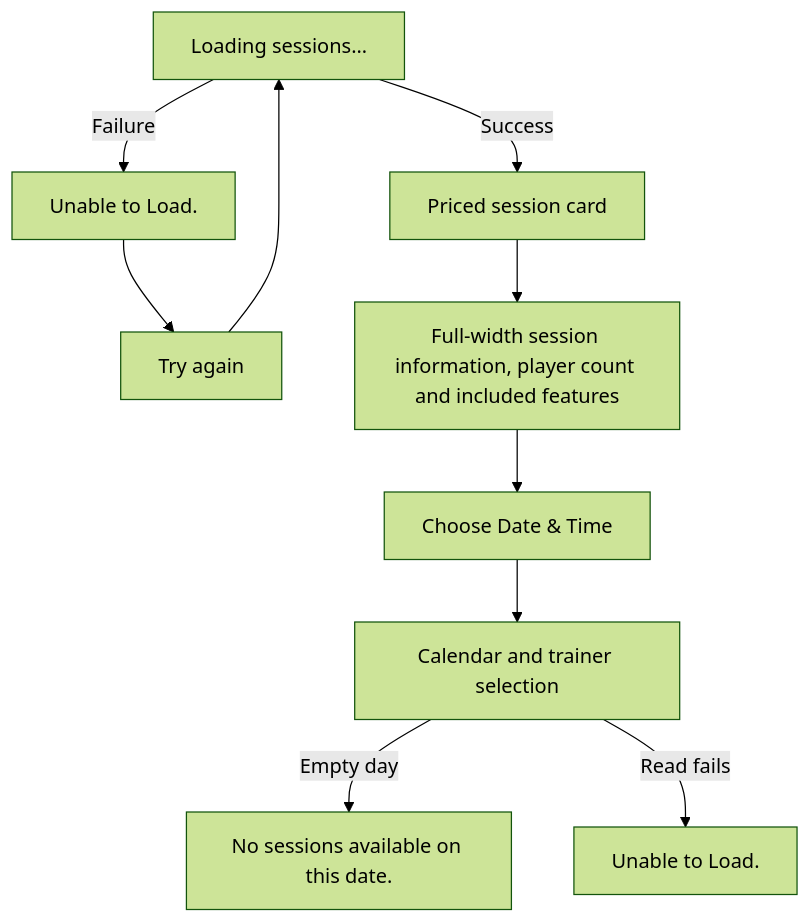
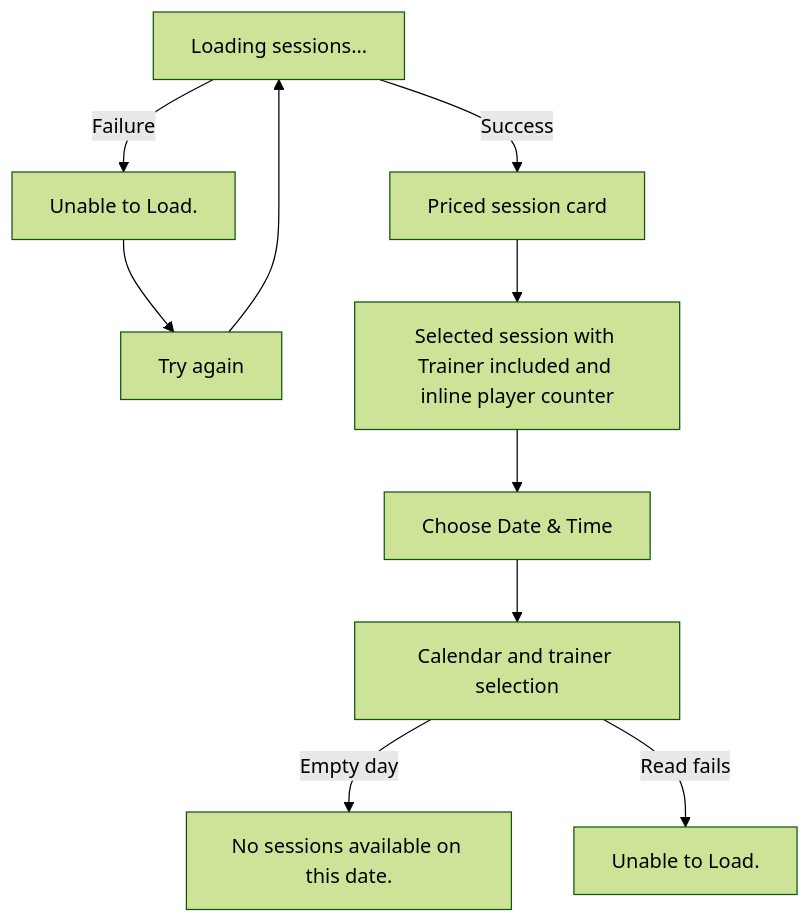
Before and after one commit to soccerbotstudiosg/soccerbotstudioSG: the fourth of 19 diagrams in docs/booking-flows.md, drawn with Mermaid (forest theme). The commit also changed other lines of this file and 18 other files, not shown here.

````diff
--- a/docs/booking-flows.md
+++ b/docs/booking-flows.md
@@ -66,11 +66,11 @@
 ```mermaid
 flowchart TD
   A["Loading sessions…"] -->|Failure| B["Unable to Load."]
   B --> C["Try again"] --> A
   A -->|Success| D["Priced session card"]
-  D --> E["Full-width session information, player count and included features"]
+  D --> E["Selected session with Trainer included and inline player counter"]
   E --> F["Choose Date & Time"]
   F --> G["Calendar and trainer selection"]
   G -->|Empty day| H["No sessions available on this date."]
   G -->|Read fails| I["Unable to Load."]
 ```
````
